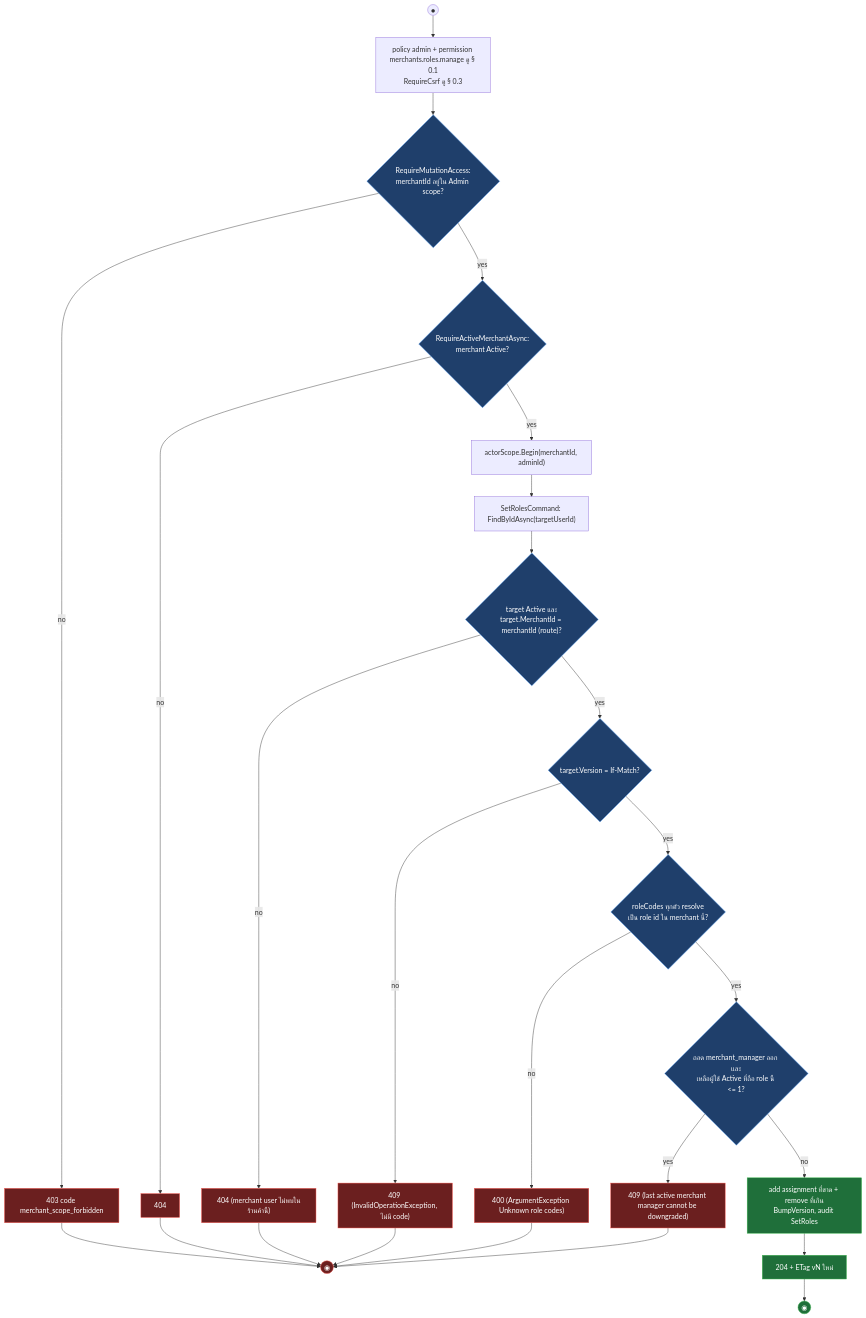
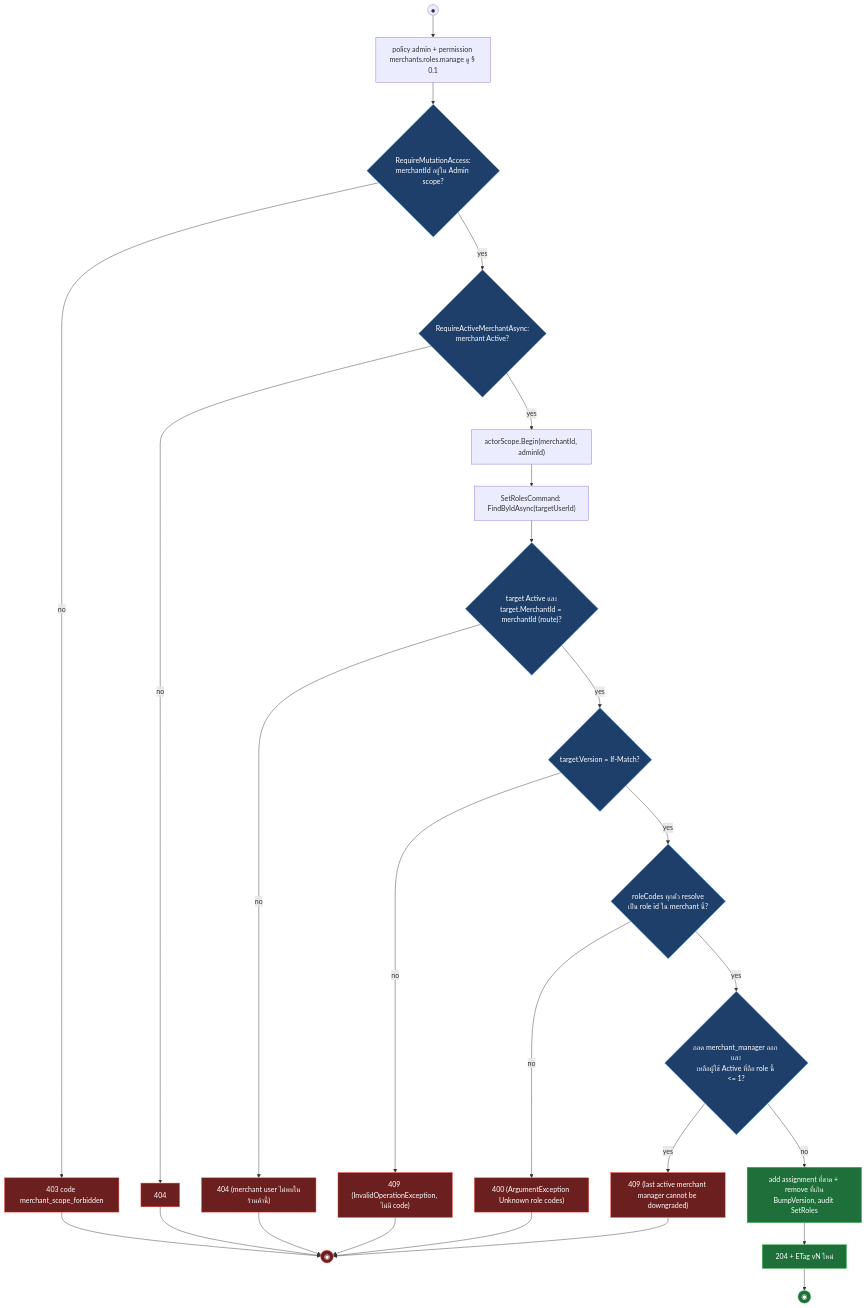
Before and after one commit to metrodiesign/pol-core: the seventh of 10 diagrams in outputs/diagrams/2026-09-14_api-endpoints_v1/10-admin-merchant-console-originators.activities.md, drawn with Mermaid. The commit also changed other lines of this file and 42 other files, not shown here.

First line of the commit message:
docs: align reference docs and the API diagram set with the Bearer-only admin plane

````diff
--- a/outputs/diagrams/2026-09-14_api-endpoints_v1/10-admin-merchant-console-originators.activities.md
+++ b/outputs/diagrams/2026-09-14_api-endpoints_v1/10-admin-merchant-console-originators.activities.md
@@ -394,35 +394,35 @@
 ```mermaid
 flowchart TD
-    START((●)) --> AUTHZ["policy admin + permission merchants.roles.manage ดู § 0.1<br/>RequireCsrf ดู § 0.3"]
+    START((●)) --> AUTHZ["policy admin + permission merchants.roles.manage ดู § 0.1"]
     AUTHZ --> M1{"RequireMutationAccess:<br/>merchantId อยู่ใน Admin scope?"}
     M1 -->|no| R403["403 code merchant_scope_forbidden"]
     M1 -->|yes| ACT{"RequireActiveMerchantAsync:<br/>merchant Active?"}
     ACT -->|no| R404A["404"]
     ACT -->|yes| BIND["actorScope.Begin(merchantId, adminId)"]
     BIND --> TARGET["SetRolesCommand: FindByIdAsync(targetUserId)"]
     TARGET --> T1{"target Active และ<br/>target.MerchantId = merchantId (route)?"}
     T1 -->|no| R404B["404 (merchant user ไม่พบในร้านค้านี้)"]
     T1 -->|yes| VER{"target.Version = If-Match?"}
     VER -->|no| R409V["409 (InvalidOperationException, ไม่มี code)"]
     VER -->|yes| RES{"roleCodes ทุกตัว resolve<br/>เป็น role id ใน merchant นี้?"}
     RES -->|no| R400["400 (ArgumentException Unknown role codes)"]
     RES -->|yes| MGR{"ถอด merchant_manager ออก และ<br/>เหลือผู้ใช้ Active ที่ถือ role นี้ <= 1?"}
     MGR -->|yes| R409M["409 (last active merchant manager cannot be downgraded)"]
     MGR -->|no| DIFF["add assignment ที่ขาด + remove ที่เกิน<br/>BumpVersion, audit SetRoles"]
     DIFF --> R204["204 + ETag vN ใหม่"]
 
     R204 --> END_S((◉))
     R403 --> END_F((◉))
     R404A --> END_F
     R404B --> END_F
     R409V --> END_F
     R400 --> END_F
     R409M --> END_F
 
     classDef ok fill:#1f6f3a,stroke:#3fb950,color:#fff
     classDef fail fill:#6b1f1f,stroke:#f85149,color:#fff
     classDef gate fill:#1f3f6b,stroke:#58a6ff,color:#fff
     class DIFF,R204,END_S ok
     class R403,R404A,R404B,R409V,R400,R409M,END_F fail
     class M1,ACT,T1,VER,RES,MGR gate
 ```
````
